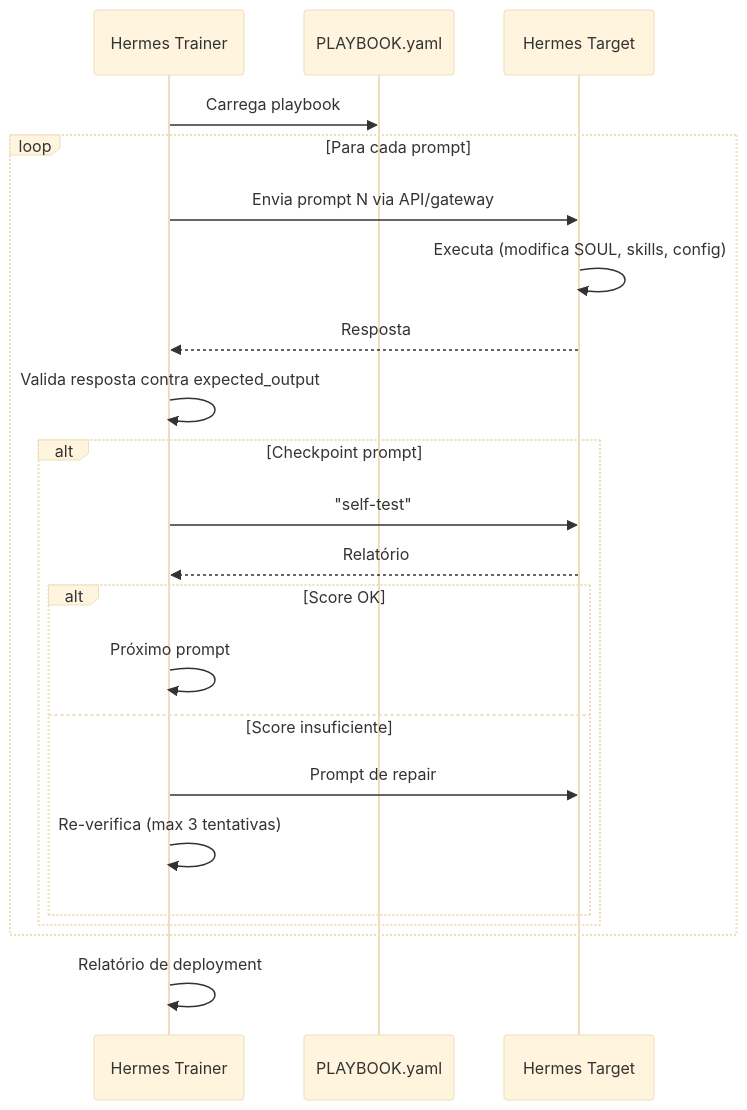
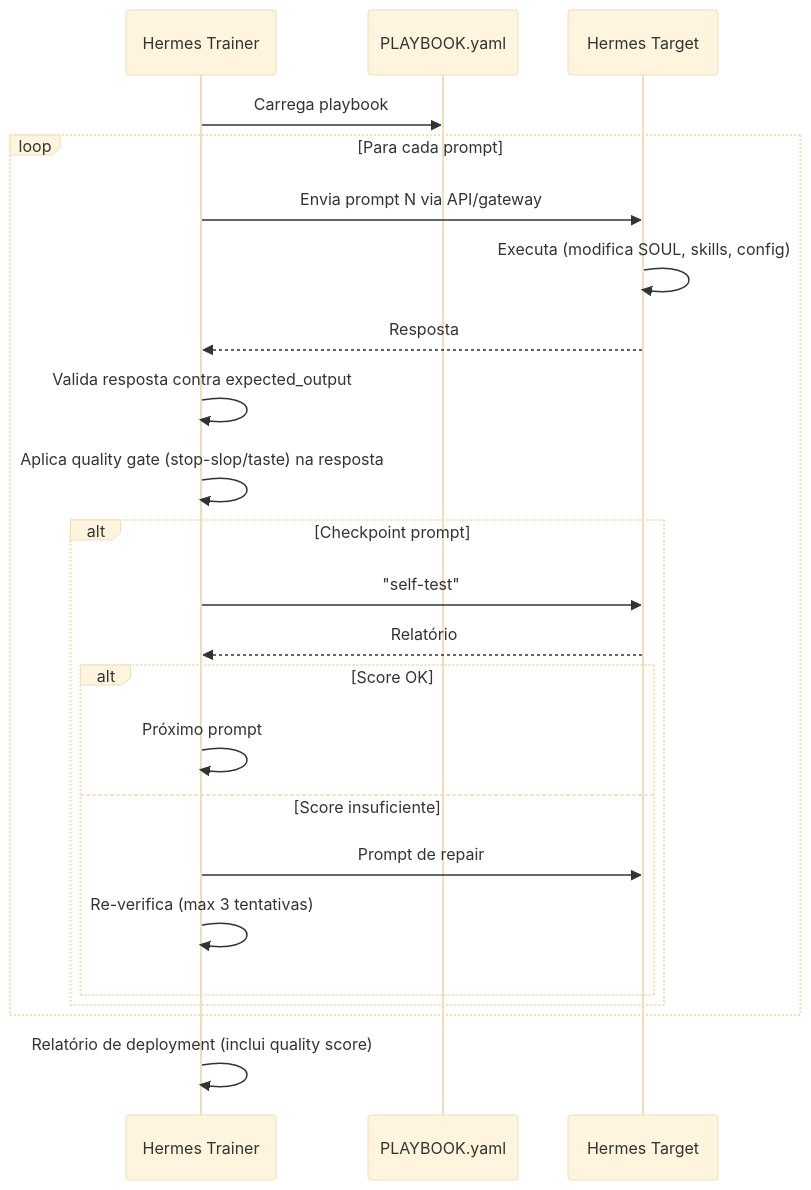
The third of 3 diagrams in plans/pdd/PLAN.md (elderbernardi/exocortex.saas), drawn with Mermaid (base theme) before and after one commit. The commit also changed other lines of this file and 5 other files, not shown here.

````diff
--- a/plans/pdd/PLAN.md
+++ b/plans/pdd/PLAN.md
@@ -104,25 +260,26 @@
 ```mermaid
 sequenceDiagram
     participant T as Hermes Trainer
     participant P as PLAYBOOK.yaml
     participant E as Hermes Target
 
     T->>P: Carrega playbook
     loop Para cada prompt
         T->>E: Envia prompt N via API/gateway
         E->>E: Executa (modifica SOUL, skills, config)
         E-->>T: Resposta
         T->>T: Valida resposta contra expected_output
+        T->>T: Aplica quality gate (stop-slop/taste) na resposta
         alt Checkpoint prompt
             T->>E: "self-test"
             E-->>T: Relatório
             alt Score OK
                 T->>T: Próximo prompt
             else Score insuficiente
                 T->>E: Prompt de repair
                 T->>T: Re-verifica (max 3 tentativas)
             end
         end
     end
-    T->>T: Relatório de deployment
+    T->>T: Relatório de deployment (inclui quality score)
 ```
````
